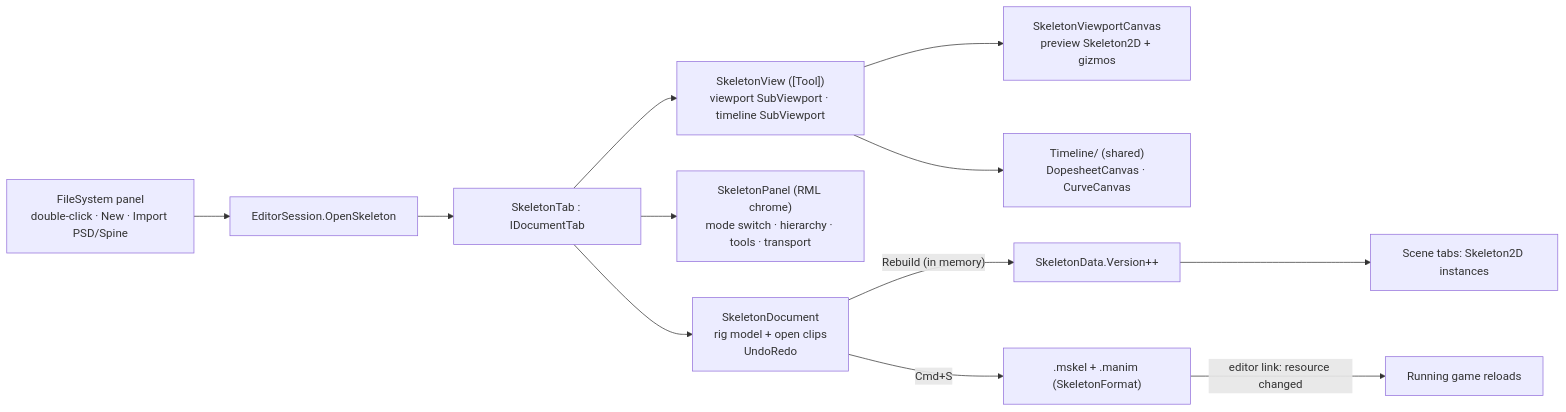
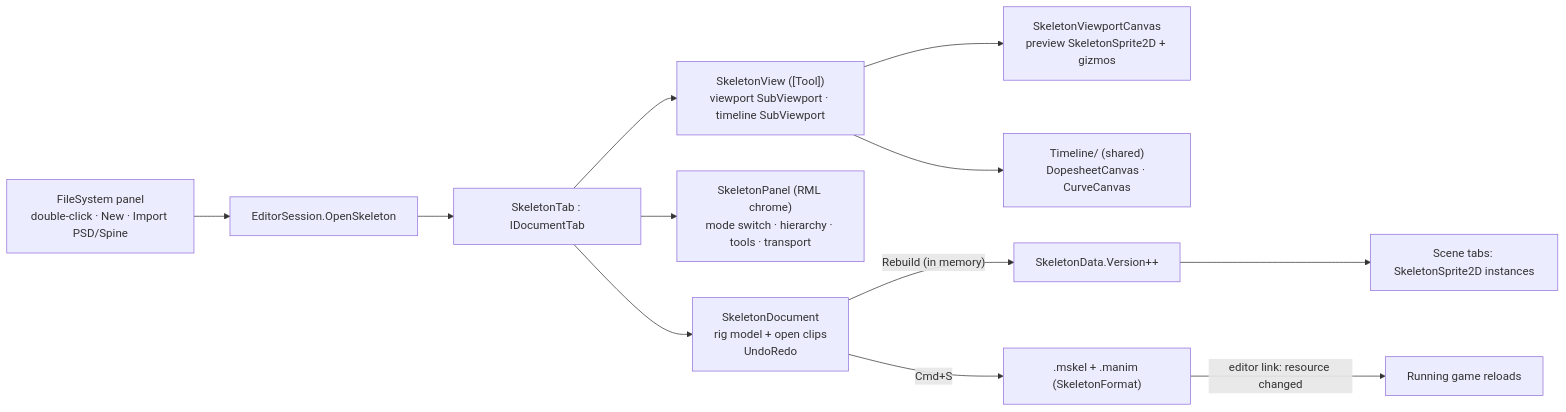
One commit to Mainframe-Games/mainframe-engine changed the diagram in docs/design/future/skeleton-2d-editor.md. Above: the diagram before and after it, drawn with Mermaid. The commit also changed other lines of this file and 22 other files, not shown here.

````diff
--- a/docs/design/future/skeleton-2d-editor.md
+++ b/docs/design/future/skeleton-2d-editor.md
@@ -83,14 +83,14 @@
 ```mermaid
 flowchart LR
     FS["FileSystem panel<br/>double-click · New · Import PSD/Spine"] --> S["EditorSession.OpenSkeleton"]
     S --> T["SkeletonTab : IDocumentTab"]
     T --> D["SkeletonDocument<br/>rig model + open clips<br/>UndoRedo"]
     T --> P["SkeletonPanel (RML chrome)<br/>mode switch · hierarchy · tools · transport"]
     T --> V["SkeletonView ([Tool])<br/>viewport SubViewport · timeline SubViewport"]
-    V --> VC["SkeletonViewportCanvas<br/>preview Skeleton2D + gizmos"]
+    V --> VC["SkeletonViewportCanvas<br/>preview SkeletonSprite2D + gizmos"]
     V --> TL["Timeline/ (shared)<br/>DopesheetCanvas · CurveCanvas"]
     D -->|"Rebuild (in memory)"| SD["SkeletonData.Version++"]
-    SD --> SC["Scene tabs: Skeleton2D instances"]
+    SD --> SC["Scene tabs: SkeletonSprite2D instances"]
     D -->|Cmd+S| F[".mskel + .manim (SkeletonFormat)"]
     F -->|editor link: resource changed| G["Running game reloads"]
 ```
````
